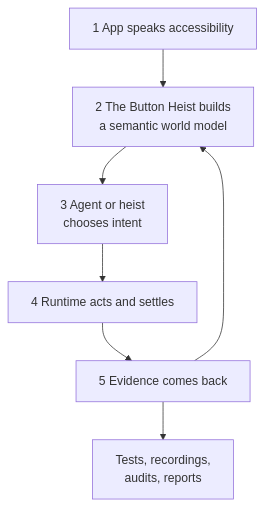
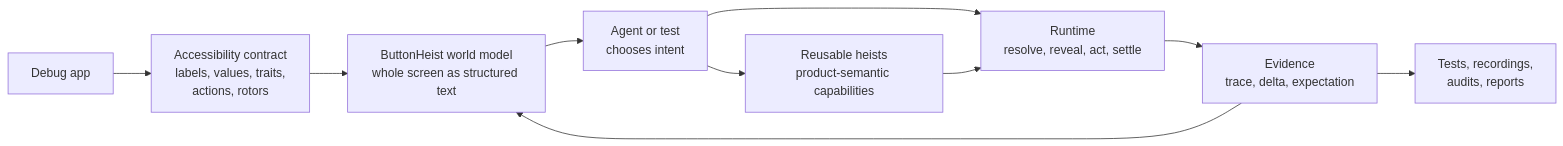
The first of 2 diagrams in README.md (RoyalPineapple/TheButtonHeist), drawn with Mermaid before and after one commit. The commit also changed other lines of this file and 2 other files, not shown here.

Commit message:
Tighten README product framing

````diff
--- a/README.md
+++ b/README.md
@@ -30,16 +26,21 @@
 ```mermaid
-flowchart TB
-    AX["1 App speaks accessibility"]
-    Model["2 The Button Heist builds<br/>a semantic world model"]
-    Intent["3 Agent or heist<br/>chooses intent"]
-    Runtime["4 Runtime acts and settles"]
-    Evidence["5 Evidence comes back"]
+flowchart LR
+    App["Debug app"]
+    AX["Accessibility contract<br/>labels, values, traits,<br/>actions, rotors"]
+    Model["ButtonHeist world model<br/>whole screen as structured text"]
+    Intent["Agent or test<br/>chooses intent"]
+    Heist["Reusable heists<br/>product-semantic capabilities"]
+    Runtime["Runtime<br/>resolve, reveal, act, settle"]
+    Evidence["Evidence<br/>trace, delta, expectation"]
     Output["Tests, recordings,<br/>audits, reports"]
 
+    App --> AX
     AX --> Model
     Model --> Intent
     Intent --> Runtime
+    Intent --> Heist
+    Heist --> Runtime
     Runtime --> Evidence
     Evidence --> Model
     Evidence --> Output
 ```
````
